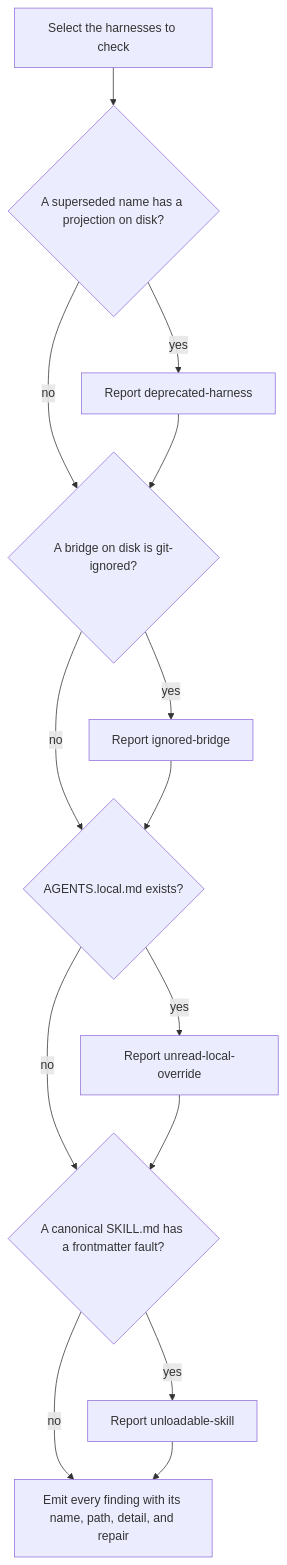
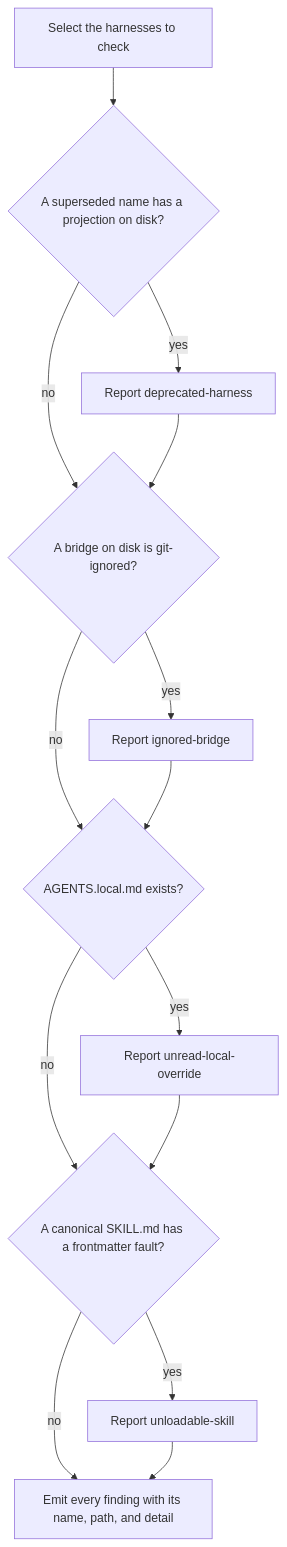
The diagram in packages/buddy-agent-harness/.agents/spec/cli/configuration-diagnosis/README.md (repobuddy/buddy-agent-harness), drawn with Mermaid before and after one commit. The commit also changed other lines of this file and 24 other files, not shown here.

First line of the commit message:
spec: backfill doctor's bridge and instruction findings, and home the doctor→repair flow (#66)

````diff
--- a/packages/buddy-agent-harness/.agents/spec/cli/configuration-diagnosis/README.md
+++ b/packages/buddy-agent-harness/.agents/spec/cli/configuration-diagnosis/README.md
@@ -73,16 +74,16 @@
 ```mermaid
 flowchart TD
   A[Select the harnesses to check] --> B{A superseded name has a projection on disk?}
   B -->|yes| C[Report deprecated-harness]
   B -->|no| D
   C --> D{A bridge on disk is git-ignored?}
   D -->|yes| E[Report ignored-bridge]
   D -->|no| F
   E --> F{AGENTS.local.md exists?}
   F -->|yes| G[Report unread-local-override]
   F -->|no| H
   G --> H{A canonical SKILL.md has a frontmatter fault?}
   H -->|yes| I[Report unloadable-skill]
-  H -->|no| J[Emit every finding with its name, path, detail, and repair]
+  H -->|no| J[Emit every finding with its name, path, and detail]
   I --> J
 ```
````
